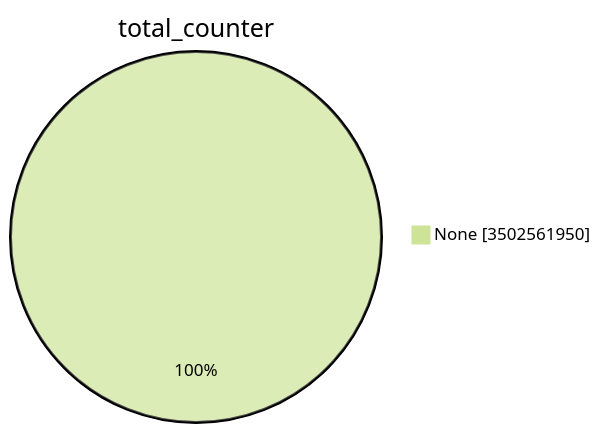
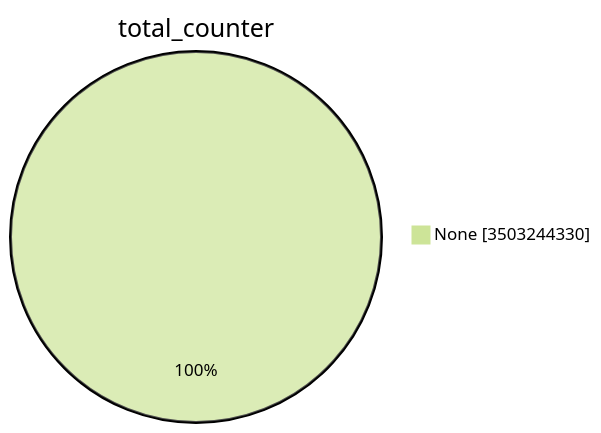
The first of 15 diagrams in TOTAL/README.md (christiankrug/ctmonitor_visualization), drawn with Mermaid (forest theme) before and after one commit. The commit also changed other lines of this file, not shown here.

````diff
--- a/TOTAL/README.md
+++ b/TOTAL/README.md
@@ -1,5 +1,5 @@
 ```mermaid
 pie showData
 title total_counter
-"None" :3502561950
+"None" :3503244330
 ```
````
